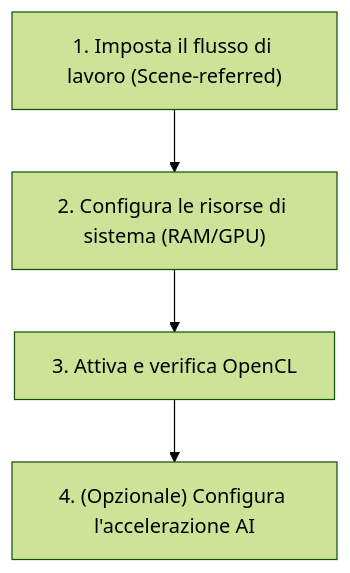
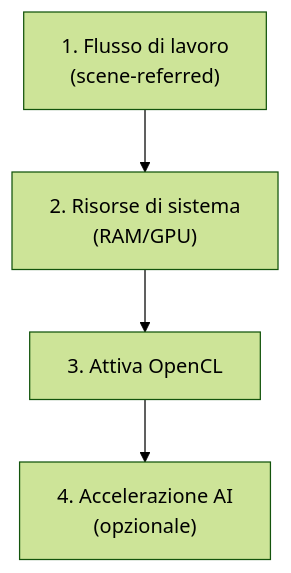
Before and after one commit to lorenzoperone/darktable-docs: the diagram in docs/preferences/processing.md, drawn with Mermaid (forest theme). The commit also changed 40 other files, not shown here.

First line of the commit message:
fix: reformatta diagrammi Mermaid — etichette brevi, break line, italiano

````diff
--- a/docs/preferences/processing.md
+++ b/docs/preferences/processing.md
@@ -22,4 +22,4 @@
 ```mermaid
 flowchart TD
-    A["1. Imposta il flusso di lavoro (Scene-referred)"] --> B["2. Configura le risorse di sistema (RAM/GPU)"] --> C["3. Attiva e verifica OpenCL"] --> D["4. (Opzionale) Configura l'accelerazione AI"]
+    A["1. Flusso di lavoro<br/>(scene-referred)"] --> B["2. Risorse di sistema<br/>(RAM/GPU)"] --> C["3. Attiva OpenCL"] --> D["4. Accelerazione AI<br/>(opzionale)"]
 ```
````
